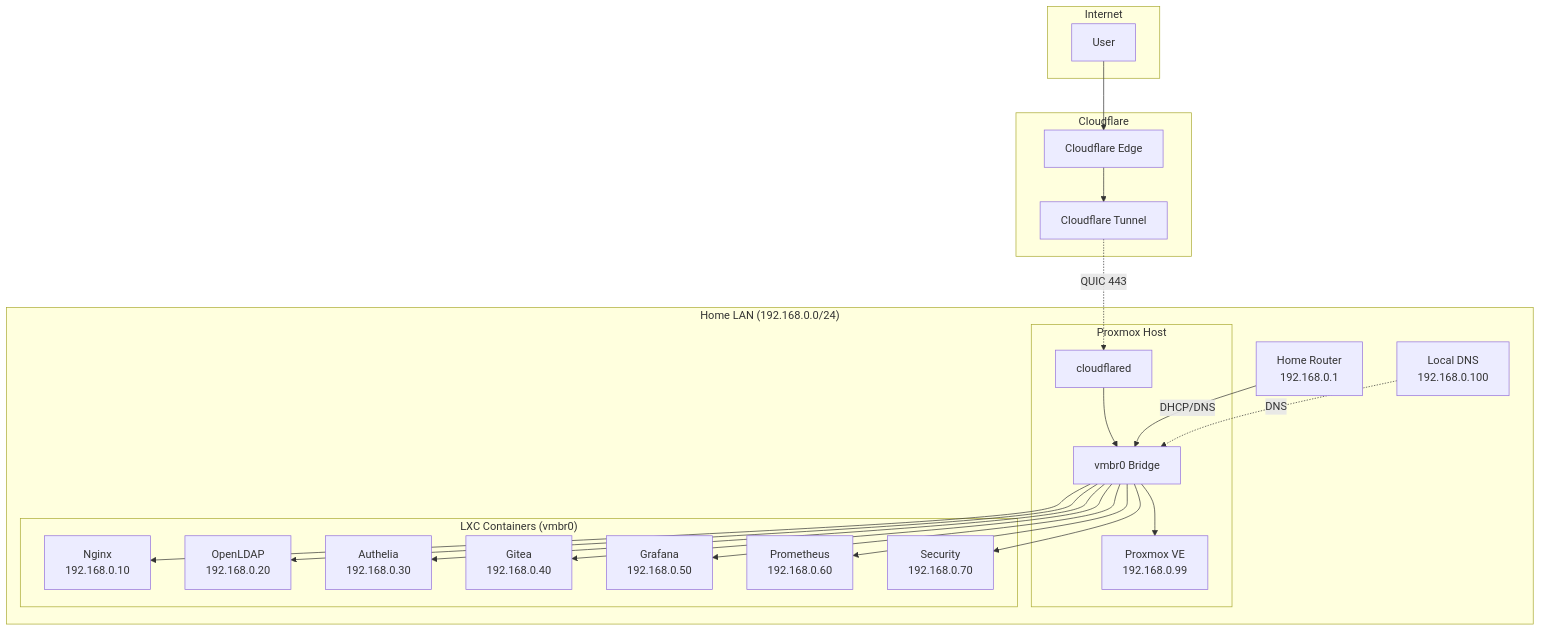
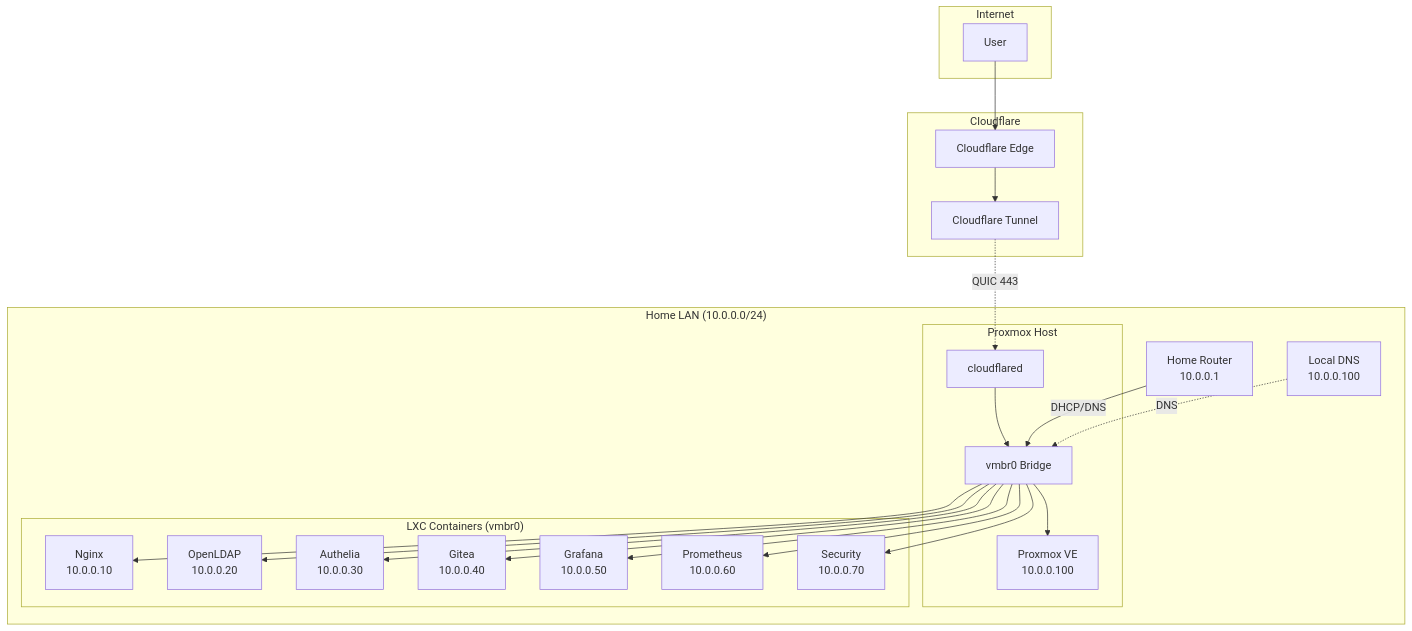
Before and after one commit to dmaljkovic/proxmox-homelab: the diagram in docs/01-architecture/network.md, drawn with Mermaid. The commit also changed other lines of this file and 10 other files, not shown here.

````diff
--- a/docs/01-architecture/network.md
+++ b/docs/01-architecture/network.md
@@ -5,47 +5,47 @@
 ```mermaid
 graph TB
     subgraph Internet
         User[User]
     end
     
     subgraph Cloudflare
         Edge[Cloudflare Edge]
         Tunnel[Cloudflare Tunnel]
     end
     
-    subgraph "Home LAN (192.168.0.0/24)"
-        Router[Home Router<br/>192.168.0.1]
-        DNS[Local DNS<br/>192.168.0.100]
+    subgraph "Home LAN (10.0.0.0/24)"
+        Router[Home Router<br/>10.0.0.1]
+        DNS[Local DNS<br/>10.0.0.100]
         
         subgraph "Proxmox Host"
-            Host[Proxmox VE<br/>192.168.0.99]
+            Host[Proxmox VE<br/>10.0.0.100]
             CF[cloudflared]
             vmbr0[vmbr0 Bridge]
         end
         
         subgraph "LXC Containers (vmbr0)"
-            Nginx[Nginx<br/>192.168.0.10]
-            LDAP[OpenLDAP<br/>192.168.0.20]
-            Authelia[Authelia<br/>192.168.0.30]
-            Gitea[Gitea<br/>192.168.0.40]
-            Grafana[Grafana<br/>192.168.0.50]
-            Prom[Prometheus<br/>192.168.0.60]
-            Sec[Security<br/>192.168.0.70]
+            Nginx[Nginx<br/>10.0.0.10]
+            LDAP[OpenLDAP<br/>10.0.0.20]
+            Authelia[Authelia<br/>10.0.0.30]
+            Gitea[Gitea<br/>10.0.0.40]
+            Grafana[Grafana<br/>10.0.0.50]
+            Prom[Prometheus<br/>10.0.0.60]
+            Sec[Security<br/>10.0.0.70]
         end
     end
     
     User --> Edge
     Edge --> Tunnel
     Tunnel -.->|QUIC 443| CF
     CF --> vmbr0
     Router -->|DHCP/DNS| vmbr0
     DNS -.->|DNS| vmbr0
     vmbr0 --> Nginx
     vmbr0 --> LDAP
     vmbr0 --> Authelia
     vmbr0 --> Gitea
     vmbr0 --> Grafana
     vmbr0 --> Prom
     vmbr0 --> Sec
     vmbr0 --> Host
 ```
````
